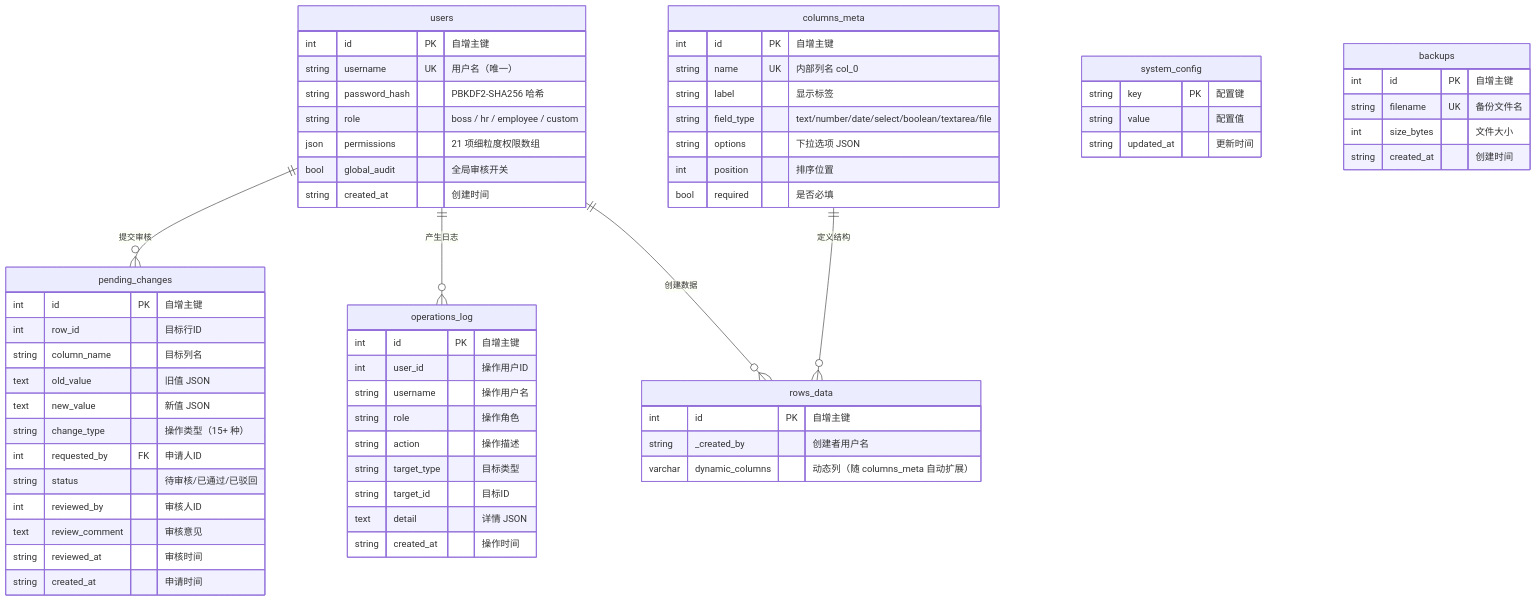
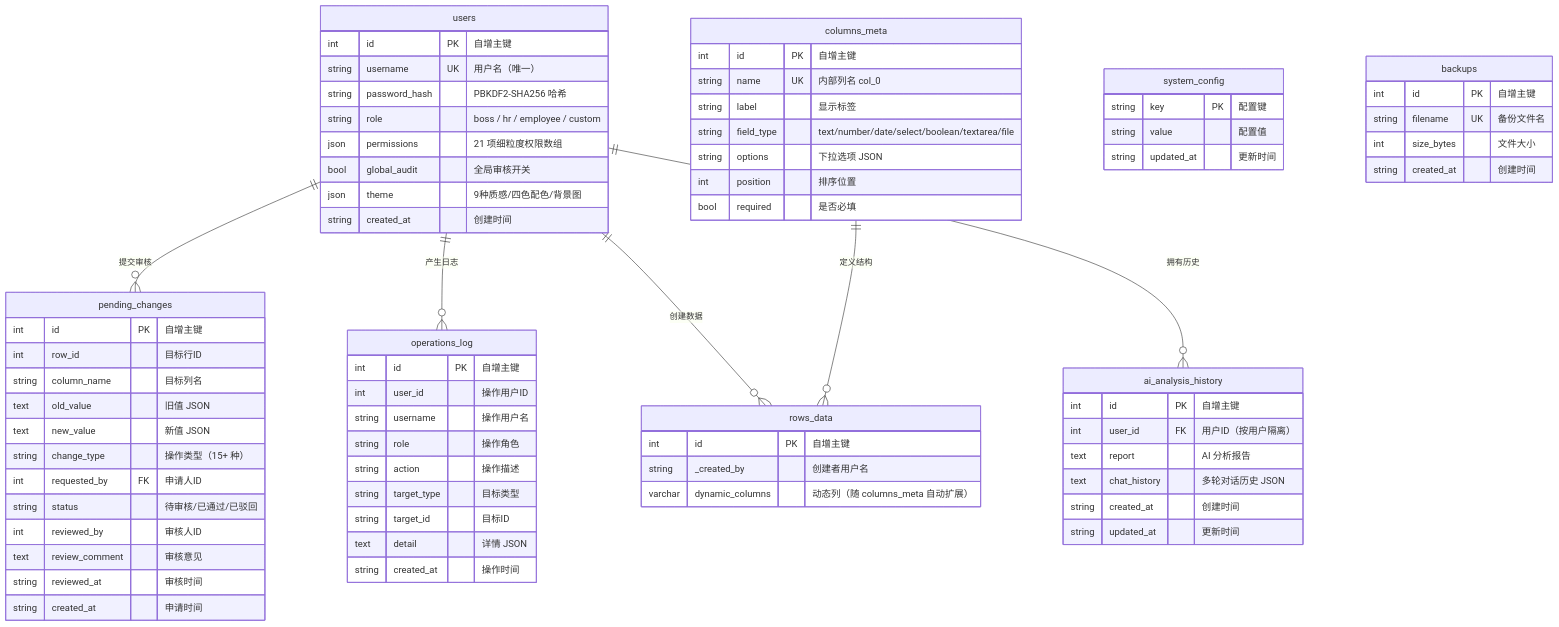
Before and after one commit to jincheng3870682453-hash/shujuku: the fourth of 8 diagrams in README.md, drawn with Mermaid. The commit also changed other lines of this file and 7 other files, not shown here.

````diff
--- a/README.md
+++ b/README.md
@@ -295,6 +305,7 @@
         string role "boss / hr / employee / custom"
         json permissions "21 项细粒度权限数组"
         bool global_audit "全局审核开关"
+        json theme "9种质感/四色配色/背景图"
         string created_at "创建时间"
     }
 
@@ -354,8 +365,18 @@
         string created_at "创建时间"
     }
 
+    ai_analysis_history {
+        int id PK "自增主键"
+        int user_id FK "用户ID（按用户隔离）"
+        text report "AI 分析报告"
+        text chat_history "多轮对话历史 JSON"
+        string created_at "创建时间"
+        string updated_at "更新时间"
+    }
+
     users ||--o{ pending_changes : "提交审核"
     users ||--o{ operations_log : "产生日志"
     users ||--o{ rows_data : "创建数据"
+    users ||--o{ ai_analysis_history : "拥有历史"
     columns_meta ||--o{ rows_data : "定义结构"
 ```
````
